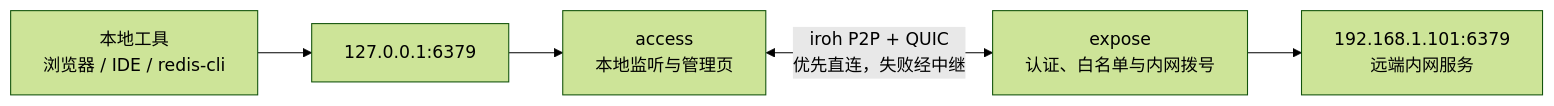
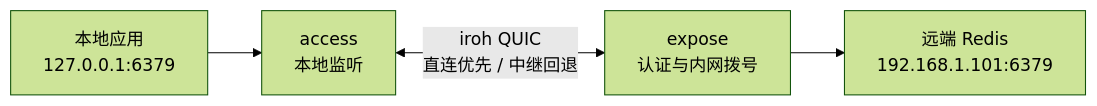
The first of 2 diagrams in 项目实践/PowerMap：用 P2P 把内网服务安全带回本地.md (nishigepi8/note), drawn with Mermaid (forest theme) before and after one commit. The commit also changed other lines of this file and 2 other files, not shown here.

````diff
--- a/项目实践/PowerMap：用 P2P 把内网服务安全带回本地.md
+++ b/项目实践/PowerMap：用 P2P 把内网服务安全带回本地.md
@@ -66,7 +77,6 @@
 ```mermaid
 flowchart LR
-    U["本地工具<br/>浏览器 / IDE / redis-cli"] --> L["127.0.0.1:6379"]
-    L --> A["access<br/>本地监听与管理页"]
-    A <-->|"iroh P2P + QUIC<br/>优先直连，失败经中继"| B["expose<br/>认证、白名单与内网拨号"]
-    B --> S["192.168.1.101:6379<br/>远端内网服务"]
+    L["本地应用<br/>127.0.0.1:6379"] --> A["access<br/>本地监听"]
+    A <-->|"iroh QUIC<br/>直连优先 / 中继回退"| B["expose<br/>认证与内网拨号"]
+    B --> R["远端 Redis<br/>192.168.1.101:6379"]
 ```
````
